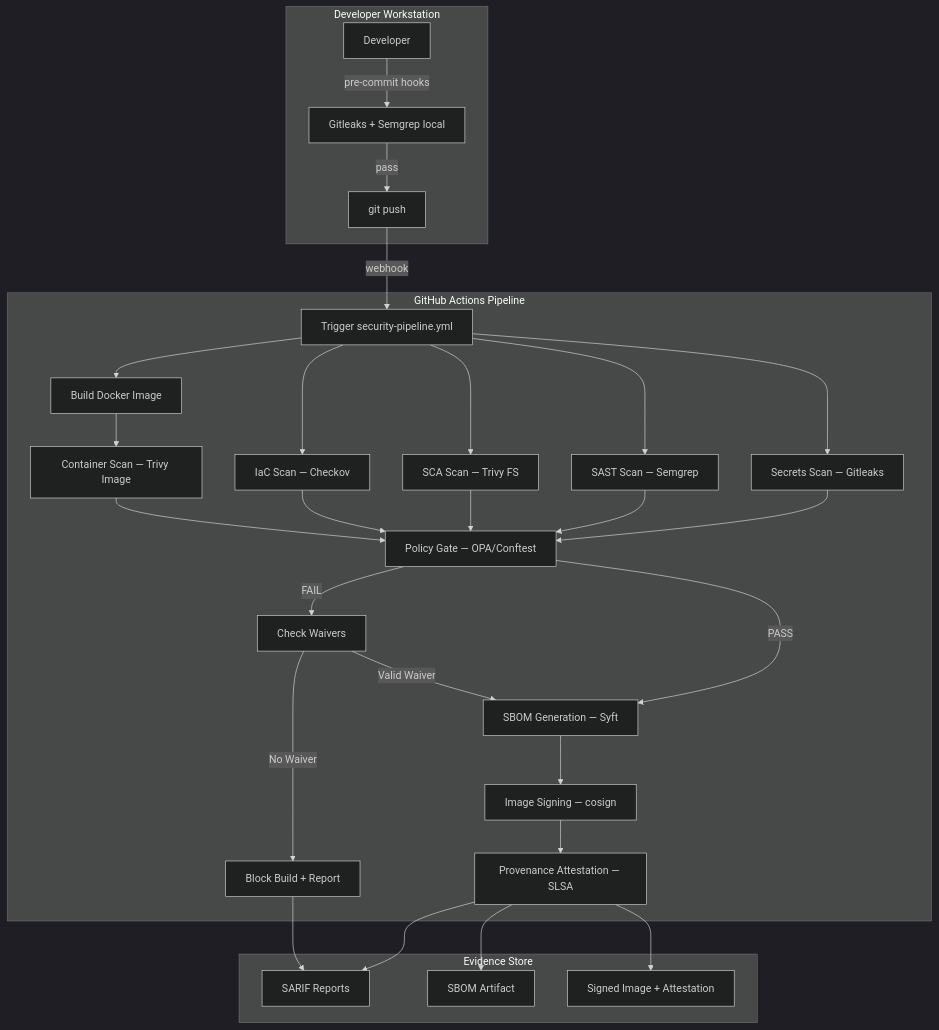
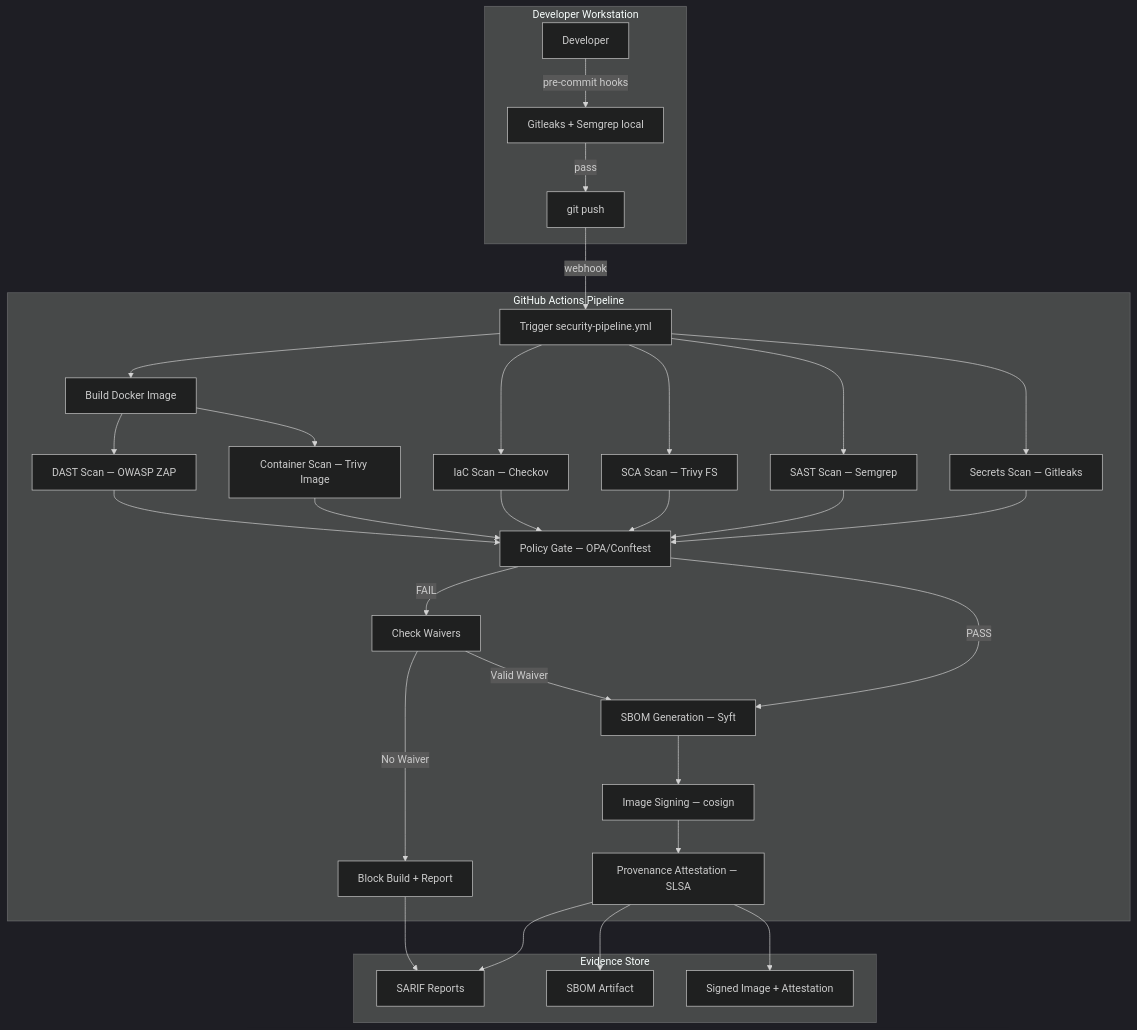
Before and after one commit to danf22/The-Secure-Software-Factory: the diagram in README.md, drawn with Mermaid (dark theme). The commit also changed other lines of this file and 2 other files, not shown here.

Commit message:
feat: add simulated SIEM export for pipeline security events
Add scripts/siem_export.py that formats scan results, policy
violations, and waivers as structured SIEM events (JSON/CEF).
Pipeline step simulates export in dry-run mode — configure
SIEM_ENDPOINT and SIEM_TOKEN env vars for production.

````diff
--- a/README.md
+++ b/README.md
@@ -11,35 +11,37 @@
 ```mermaid
 graph TD
     subgraph "Developer Workstation"
         A[Developer] -->|pre-commit hooks| B[Gitleaks + Semgrep local]
         B -->|pass| C[git push]
     end
 
     subgraph "GitHub Actions Pipeline"
         C -->|webhook| D[Trigger security-pipeline.yml]
         D --> E[Secrets Scan — Gitleaks]
         D --> F[SAST Scan — Semgrep]
         D --> G[SCA Scan — Trivy FS]
         D --> H[IaC Scan — Checkov]
         D --> I[Build Docker Image]
         I --> J[Container Scan — Trivy Image]
+        I --> Z[DAST Scan — OWASP ZAP]
         E --> K[Policy Gate — OPA/Conftest]
         F --> K
         G --> K
         H --> K
         J --> K
+        Z --> K
         K -->|PASS| L[SBOM Generation — Syft]
         L --> M[Image Signing — cosign]
         M --> N[Provenance Attestation — SLSA]
         K -->|FAIL| O[Check Waivers]
         O -->|Valid Waiver| L
         O -->|No Waiver| P[Block Build + Report]
     end
 
     subgraph "Evidence Store"
         N --> Q[SARIF Reports]
         N --> R[SBOM Artifact]
         N --> S[Signed Image + Attestation]
         P --> Q
     end
 ```
````
